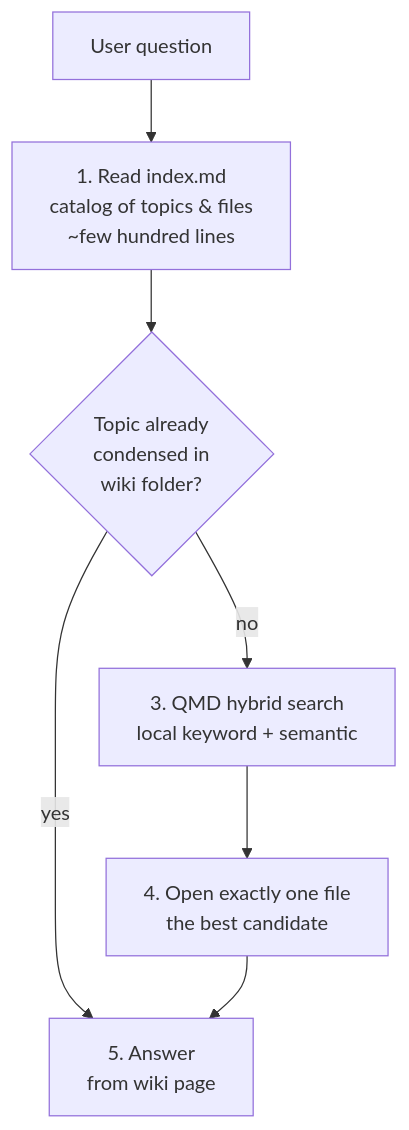
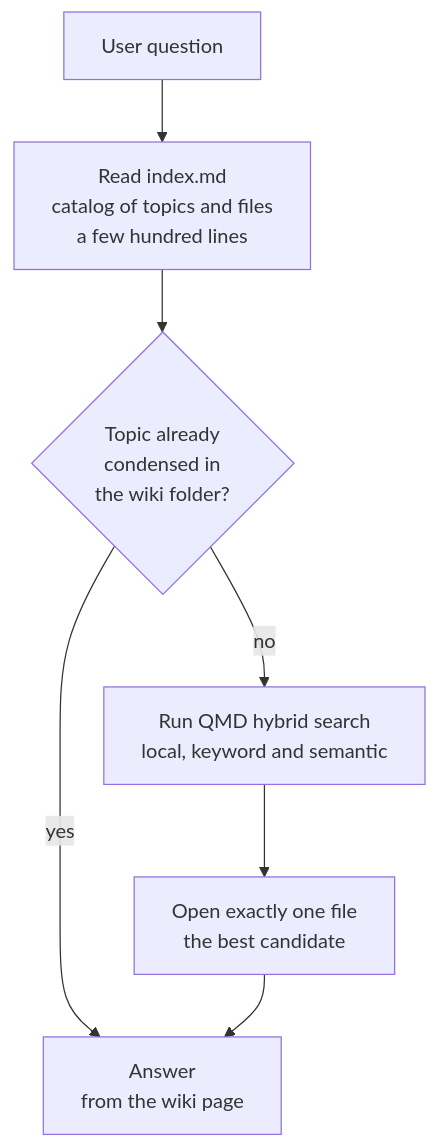
Before and after one commit to xdflatline/quartz: the first of 2 diagrams in content/Concepts/brain-first-search-ladder.md, drawn with Mermaid. The commit also changed 2 other files, not shown here.

````diff
--- a/content/Concepts/brain-first-search-ladder.md
+++ b/content/Concepts/brain-first-search-ladder.md
@@ -28,9 +28,9 @@
 ```mermaid
 flowchart TD
-    Q[User question] --> S1["1. Read index.md<br/>catalog of topics & files<br/>~few hundred lines"]
-    S1 --> S2{Topic already<br/>condensed in<br/>wiki folder?}
-    S2 -- yes --> ANS["5. Answer<br/>from wiki page"]
-    S2 -- no --> S3["3. QMD hybrid search<br/>local keyword + semantic"]
-    S3 --> S4["4. Open exactly one file<br/>the best candidate"]
+    Q[User question] --> S1[Read index.md<br/>catalog of topics and files<br/>a few hundred lines]
+    S1 --> S2{Topic already<br/>condensed in<br/>the wiki folder?}
+    S2 -- yes --> ANS[Answer<br/>from the wiki page]
+    S2 -- no --> S3[Run QMD hybrid search<br/>local, keyword and semantic]
+    S3 --> S4[Open exactly one file<br/>the best candidate]
     S4 --> ANS
 ```
````
